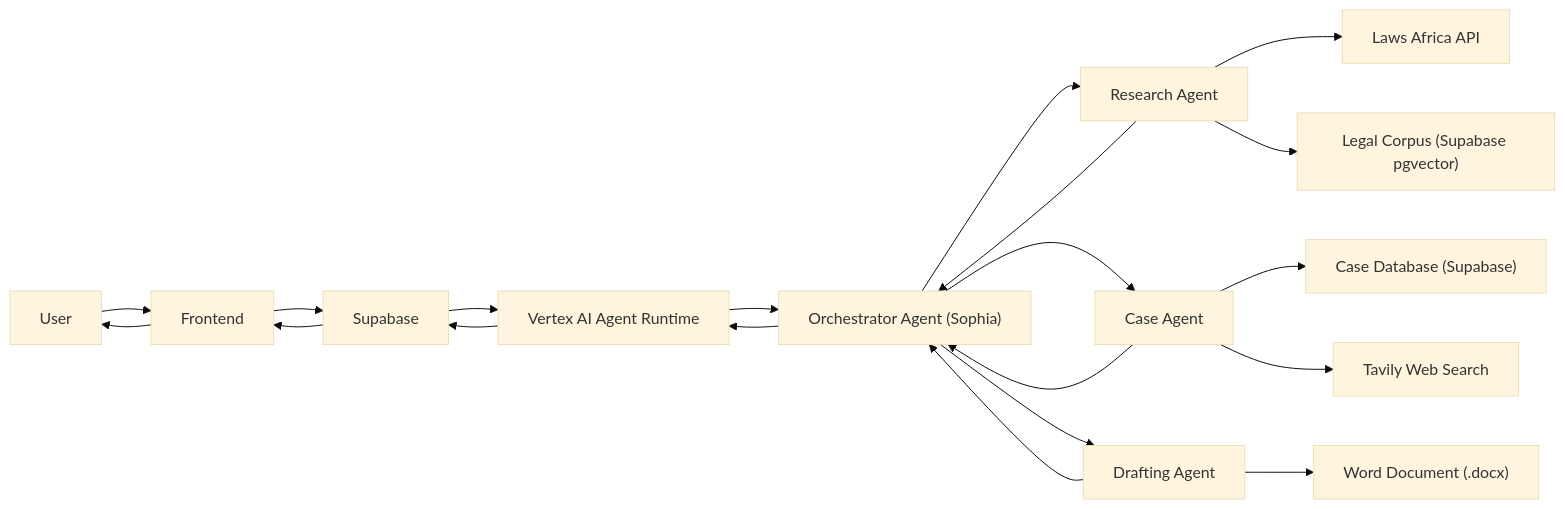
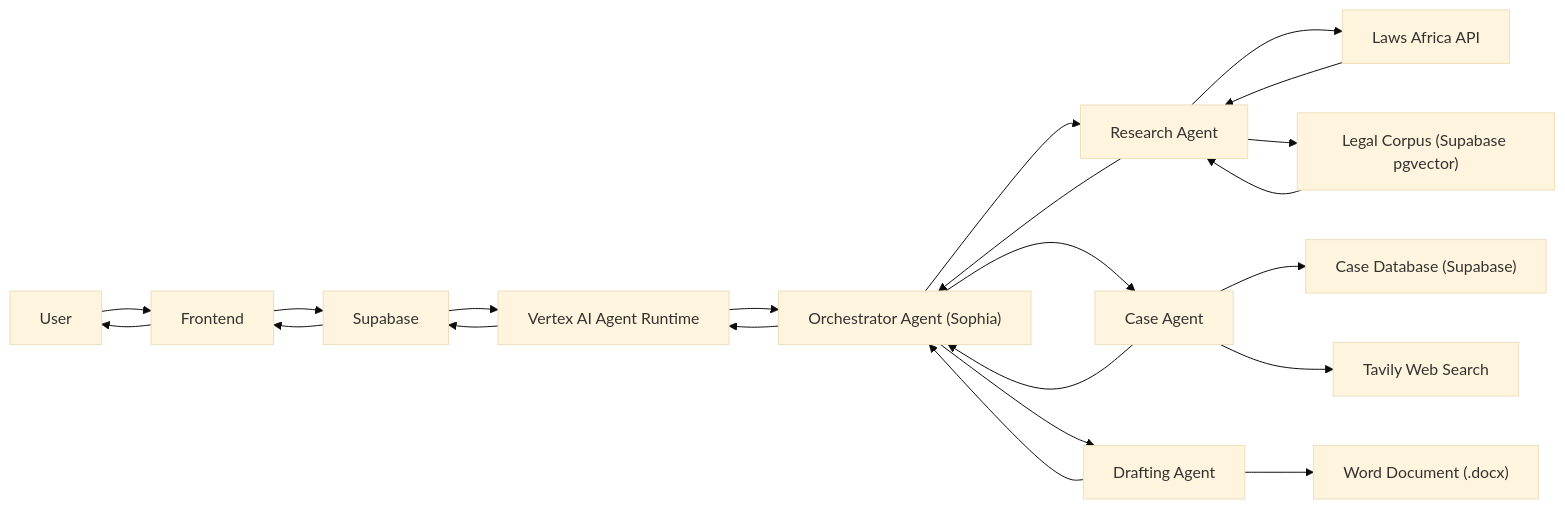
The diagram in public/docs/architecture.md (domusdeiug/paralegal-sophia), drawn with Mermaid (base theme) before and after one commit.

Commit message:
Enhance architecture.md with bidirectional links
Added bidirectional links between ResearchAgent and LawsAfrica, and between ResearchAgent and Corpus.

````diff
--- a/public/docs/architecture.md
+++ b/public/docs/architecture.md
@@ -1,30 +1,32 @@
 ```mermaid
 flowchart LR
     User[User] --> Frontend[Frontend]
     Frontend --> Supabase[Supabase]
 
     Supabase --> VertexAI["Vertex AI Agent Runtime"]
 
     VertexAI --> Orchestrator["Orchestrator Agent (Sophia)"]
 
     Orchestrator --> ResearchAgent["Research Agent"]
     Orchestrator --> CaseAgent["Case Agent"]
     Orchestrator --> DraftingAgent["Drafting Agent"]
 
     ResearchAgent --> LawsAfrica["Laws Africa API"]
+    LawsAfrica["Laws Africa API"] --> ResearchAgent
     ResearchAgent --> Corpus["Legal Corpus (Supabase pgvector)"]
+    Corpus["Legal Corpus (Supabase pgvector)"] --> ResearchAgent
 
     CaseAgent --> CaseDB["Case Database (Supabase)"]
     CaseAgent --> Tavily["Tavily Web Search"]
 
     DraftingAgent --> DocX["Word Document (.docx)"]
 
     ResearchAgent --> Orchestrator
     CaseAgent --> Orchestrator
     DraftingAgent --> Orchestrator
 
     Orchestrator --> VertexAI
     VertexAI --> Supabase
     Supabase --> Frontend
     Frontend --> User
 ```
````
